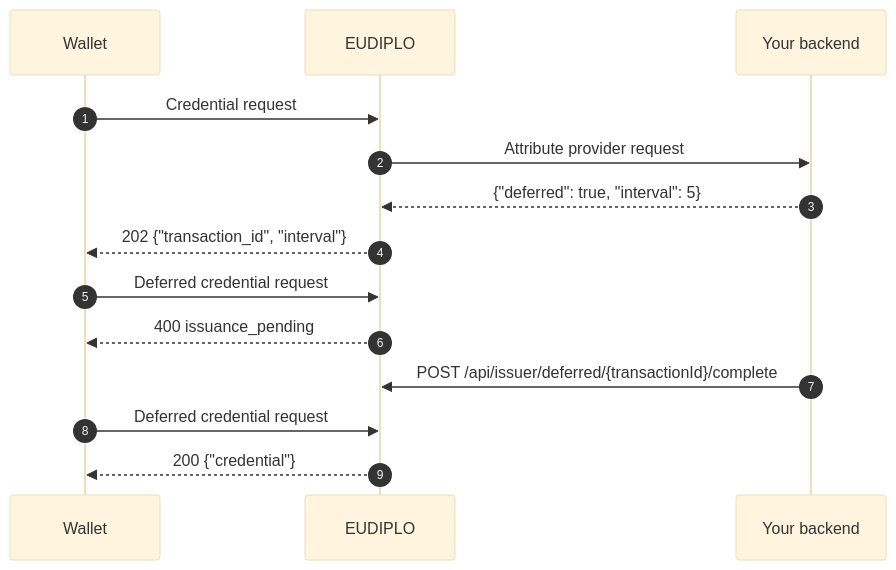
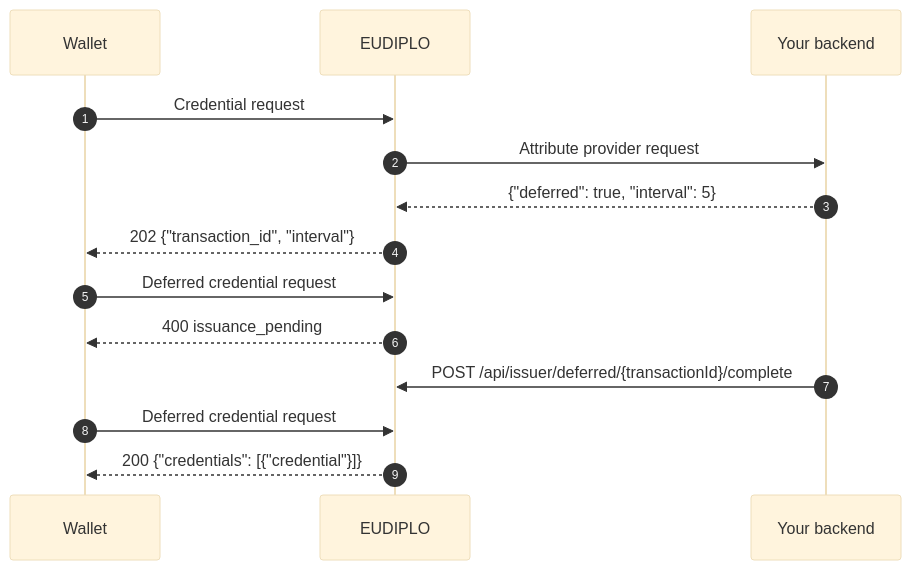
One commit to EUDIPLO/eudiplo changed the diagram in apps/docs/docs/issuance/deferred-issuance.md. Above: the diagram before and after it, drawn with Mermaid (base theme). The commit also changed other lines of this file and 39 other files, not shown here.

````diff
--- a/apps/docs/docs/issuance/deferred-issuance.md
+++ b/apps/docs/docs/issuance/deferred-issuance.md
@@ -9,16 +9,16 @@
 ```mermaid
 sequenceDiagram
     autonumber
     participant W as Wallet
     participant E as EUDIPLO
     participant B as Your backend
     W->>E: Credential request
     E->>B: Attribute provider request
     B-->>E: {"deferred": true, "interval": 5}
     E-->>W: 202 {"transaction_id", "interval"}
     W->>E: Deferred credential request
     E-->>W: 400 issuance_pending
     B->>E: POST /api/issuer/deferred/{transactionId}/complete
     W->>E: Deferred credential request
-    E-->>W: 200 {"credential"}
+    E-->>W: 200 {"credentials": [{"credential"}]}
 ```
````
